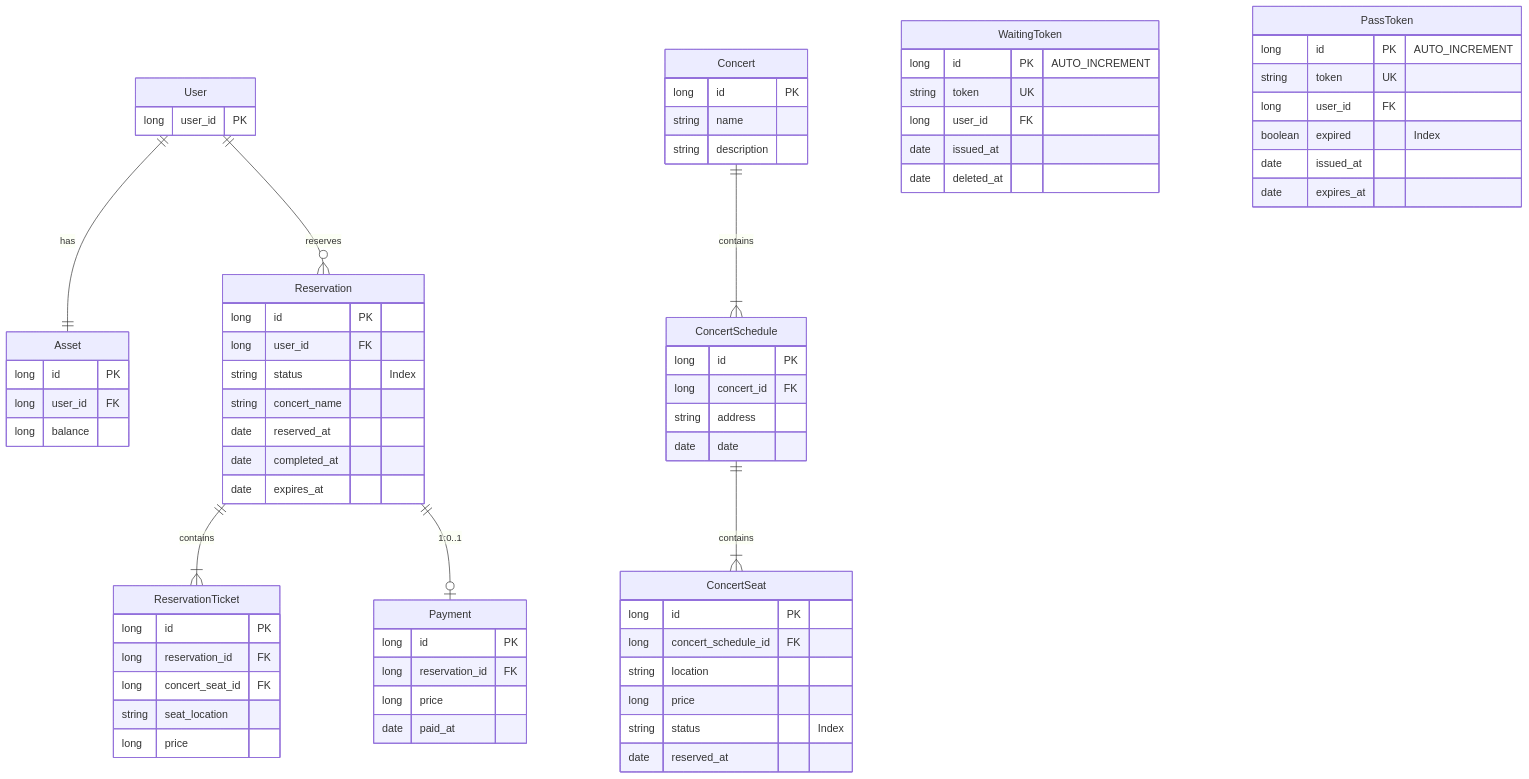
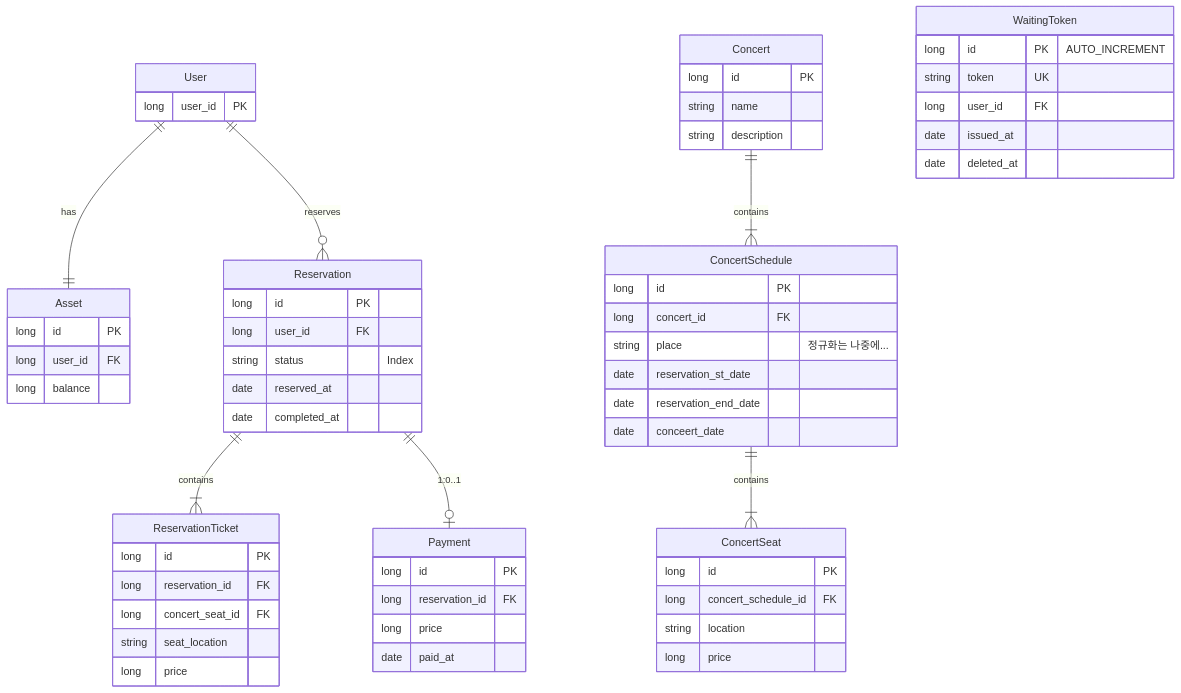
Diagram 13 of 13 in README.md (YoungWonBackendStudy/HHPlus-Concert-Reservation), drawn with Mermaid before and after one commit. The commit also changed other lines of this file, not shown here.

````diff
--- a/README.md
+++ b/README.md
@@ -255,10 +248,8 @@
     long id PK
     long user_id FK
     string status "Index"
-    string concert_name
     date reserved_at
     date completed_at
-    date expires_at
 }
 
 Reservation ||--|{ ReservationTicket: contains
@@ -288,8 +279,10 @@
 ConcertSchedule {
     long id PK
     long concert_id FK
-    string address
-    date date
+    string place  "정규화는 나중에..."
+    date reservation_st_date
+    date reservation_end_date
+    date conceert_date
 }
 
 ConcertSchedule ||--|{ ConcertSeat : contains
@@ -298,8 +291,6 @@
     long concert_schedule_id FK
     string location
     long price
-    string status "Index"
-    date reserved_at
 }
 
 WaitingToken {
@@ -309,13 +300,4 @@
     date issued_at
     date deleted_at
 }
-
-PassToken {
-    long id PK "AUTO_INCREMENT"
-    string token UK
-    long user_id FK
-    boolean expired "Index"
-    date issued_at
-    date expires_at
-}
 ```
````
